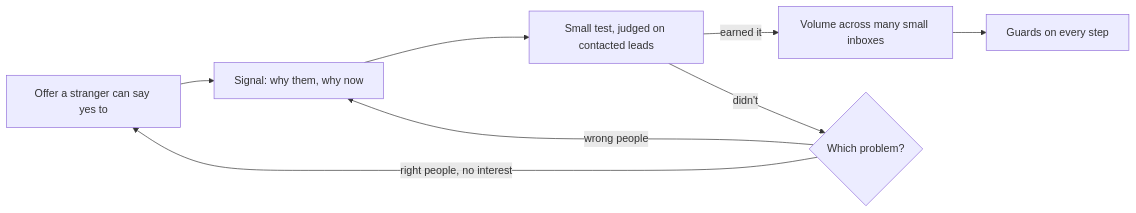
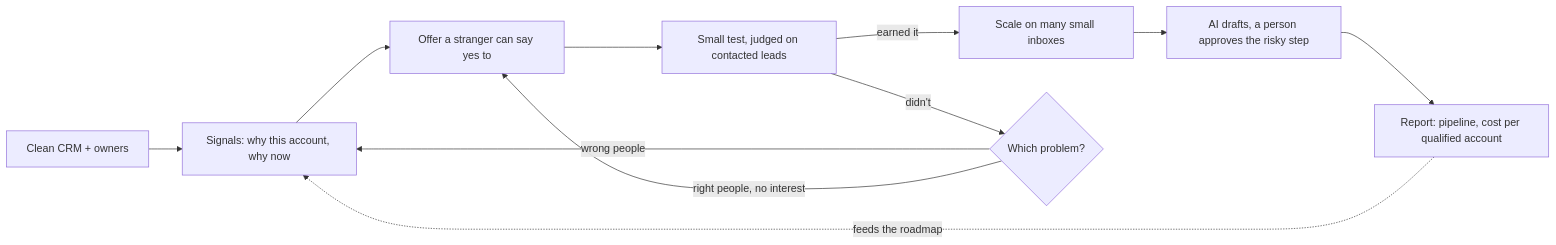
One commit to Trav54219/gtm-engineering-portfolio changed the diagram in docs/case-studies/gtm-philosophy.md. Above: the diagram before and after it, drawn with Mermaid. The commit also changed other lines of this file, not shown here.

Commit message:
GTM philosophy: expanded to the whole go-to-market (product mindset, CRM, lifecycle signals, spend, AI, measurement)

````diff
--- a/docs/case-studies/gtm-philosophy.md
+++ b/docs/case-studies/gtm-philosophy.md
@@ -19,10 +24,13 @@
 ```mermaid
 flowchart LR
-  A[Offer a stranger can say yes to] --> B[Signal: why them, why now]
-  B --> C[Small test, judged on contacted leads]
-  C -- earned it --> D[Volume across many small inboxes]
-  C -- didn't --> E{Which problem?}
-  E -- wrong people --> B
-  E -- right people, no interest --> A
-  D --> F[Guards on every step]
+  A[Clean CRM + owners] --> B[Signals: why this account, why now]
+  B --> C[Offer a stranger can say yes to]
+  C --> D[Small test, judged on contacted leads]
+  D -- earned it --> E[Scale on many small inboxes]
+  D -- didn't --> F{Which problem?}
+  F -- wrong people --> B
+  F -- right people, no interest --> C
+  E --> G[AI drafts, a person approves the risky step]
+  G --> H[Report: pipeline, cost per qualified account]
+  H -.feeds the roadmap.-> B
 ```
````
